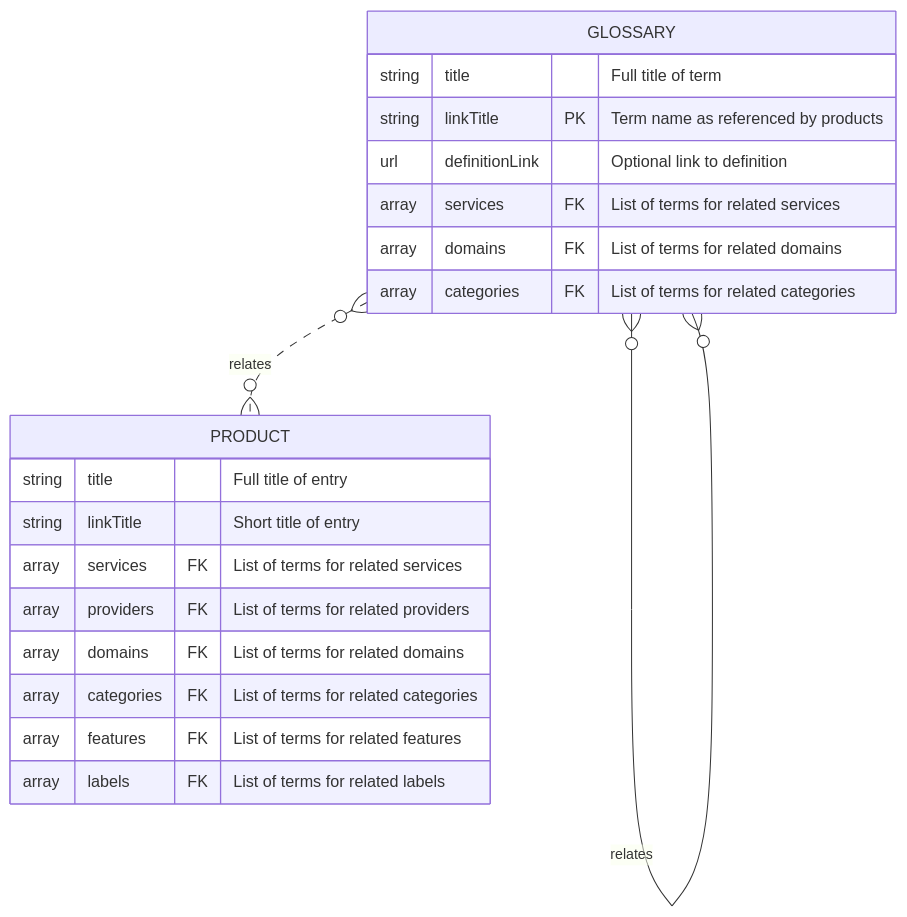
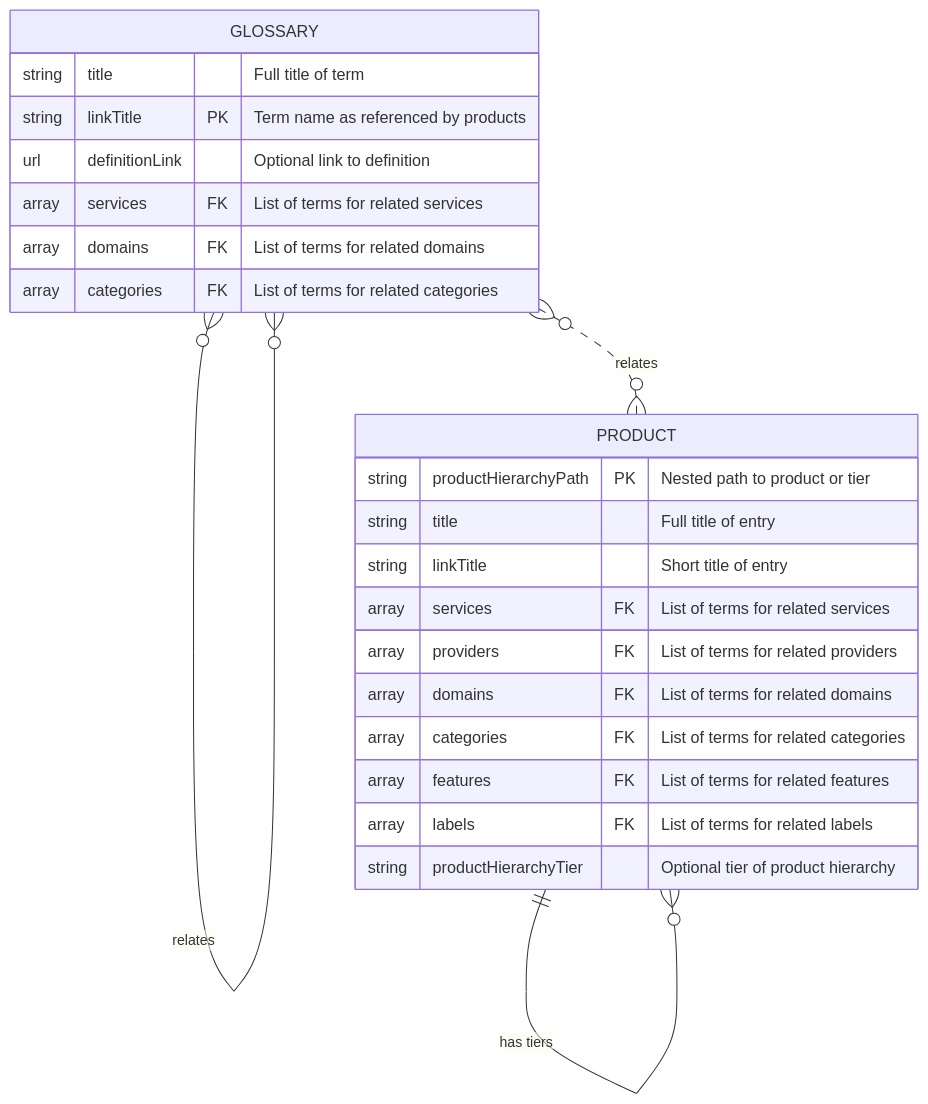
Before and after one commit to lexical-cloud/lexical-cloud-docs: the fourth of 4 diagrams in en/pages/data-model.md, drawn with Mermaid. The commit also changed other lines of this file and 23 other files, not shown here.

Commit message:
moved to tiered system for product hierarchy for greater flexibility. new entries added to support testing

````diff
--- a/en/pages/data-model.md
+++ b/en/pages/data-model.md
@@ -232,23 +259,26 @@
 ```mermaid
 erDiagram
     GLOSSARY }o--o{ GLOSSARY : relates
     GLOSSARY {
         string title "Full title of term"
         string linkTitle PK "Term name as referenced by products"
         url definitionLink "Optional link to definition"
         array services FK "List of terms for related services"
         array domains FK "List of terms for related domains"
         array categories FK "List of terms for related categories"
     }
     GLOSSARY }o..o{ PRODUCT : relates
+    PRODUCT ||--o{ PRODUCT : "has tiers"
     PRODUCT {
+        string productHierarchyPath PK "Nested path to product or tier"
         string title "Full title of entry"
         string linkTitle "Short title of entry"
         array services FK "List of terms for related services"
         array providers FK "List of terms for related providers"
         array domains FK "List of terms for related domains"
         array categories FK "List of terms for related categories"
         array features FK "List of terms for related features"
         array labels FK "List of terms for related labels"
+        string productHierarchyTier "Optional tier of product hierarchy "
     }
 ```
````
